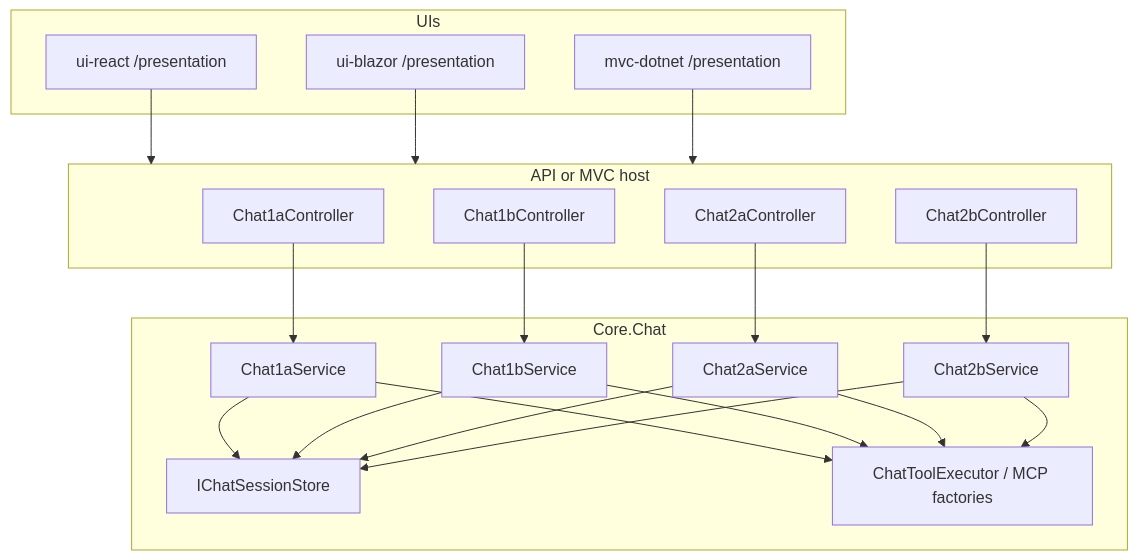
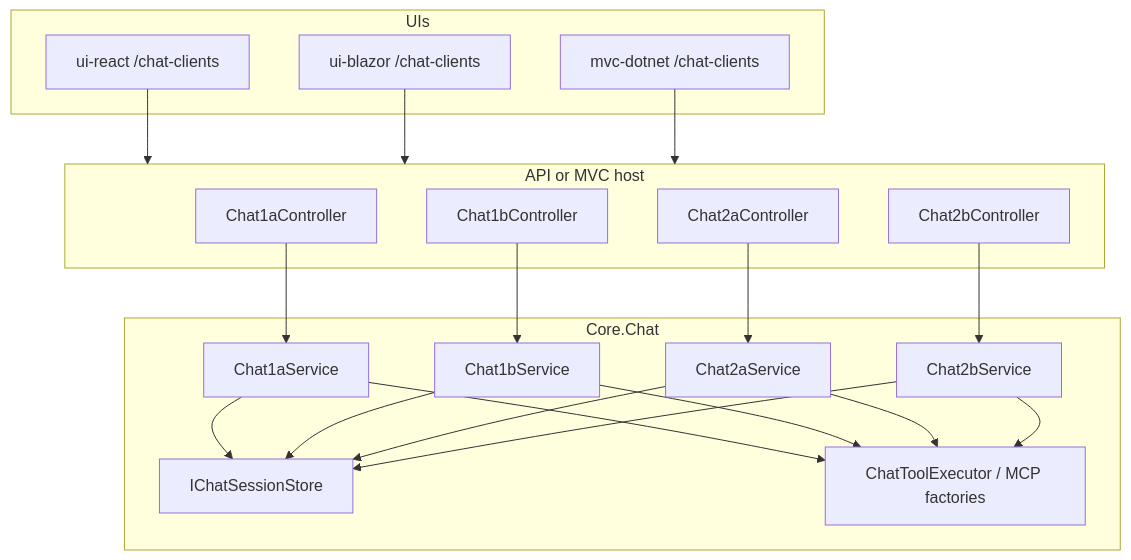
The diagram in docs/5-chat-clients/5-chat-clients.md (dustinkorzaan/weather-1116), drawn with Mermaid before and after one commit. The commit also changed other lines of this file and 25 other files, not shown here.

First line of the commit message:
Fix Blazor menu navigation and split Presentation into three pages (#159)

````diff
--- a/docs/5-chat-clients/5-chat-clients.md
+++ b/docs/5-chat-clients/5-chat-clients.md
@@ -21,43 +21,43 @@
 ```mermaid
 flowchart TB
     subgraph ui [UIs]
-        React[ui-react /presentation]
-        MVC[mvc-dotnet /presentation]
-        Blazor[ui-blazor /presentation]
+        React[ui-react /chat-clients]
+        MVC[mvc-dotnet /chat-clients]
+        Blazor[ui-blazor /chat-clients]
     end
 
     subgraph api [API or MVC host]
         C1a[Chat1aController]
         C1b[Chat1bController]
         C2a[Chat2aController]
         C2b[Chat2bController]
     end
 
     subgraph core [Core.Chat]
         S1a[Chat1aService]
         S1b[Chat1bService]
         S2a[Chat2aService]
         S2b[Chat2bService]
         Store[IChatSessionStore]
         Tools[ChatToolExecutor / MCP factories]
     end
 
     React --> api
     Blazor --> api
     MVC --> api
 
     C1a --> S1a
     C1b --> S1b
     C2a --> S2a
     C2b --> S2b
 
     S1a --> Store
     S1b --> Store
     S2a --> Store
     S2b --> Store
 
     S1a --> Tools
     S1b --> Tools
     S2a --> Tools
     S2b --> Tools
 ```
````
